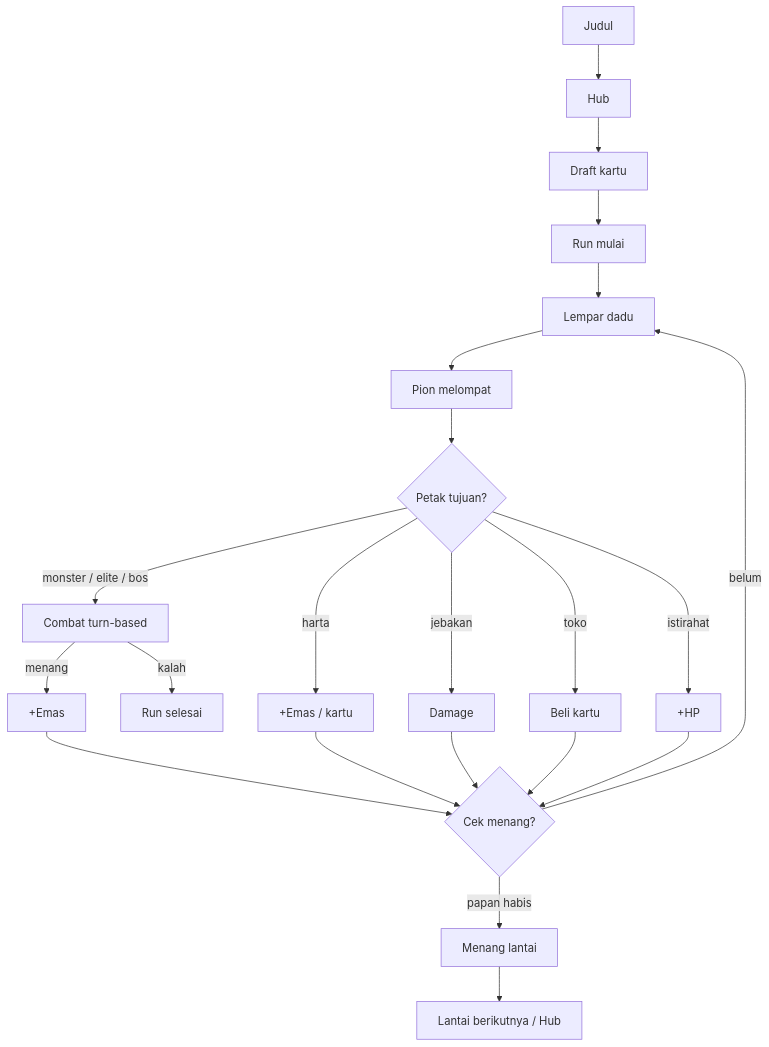
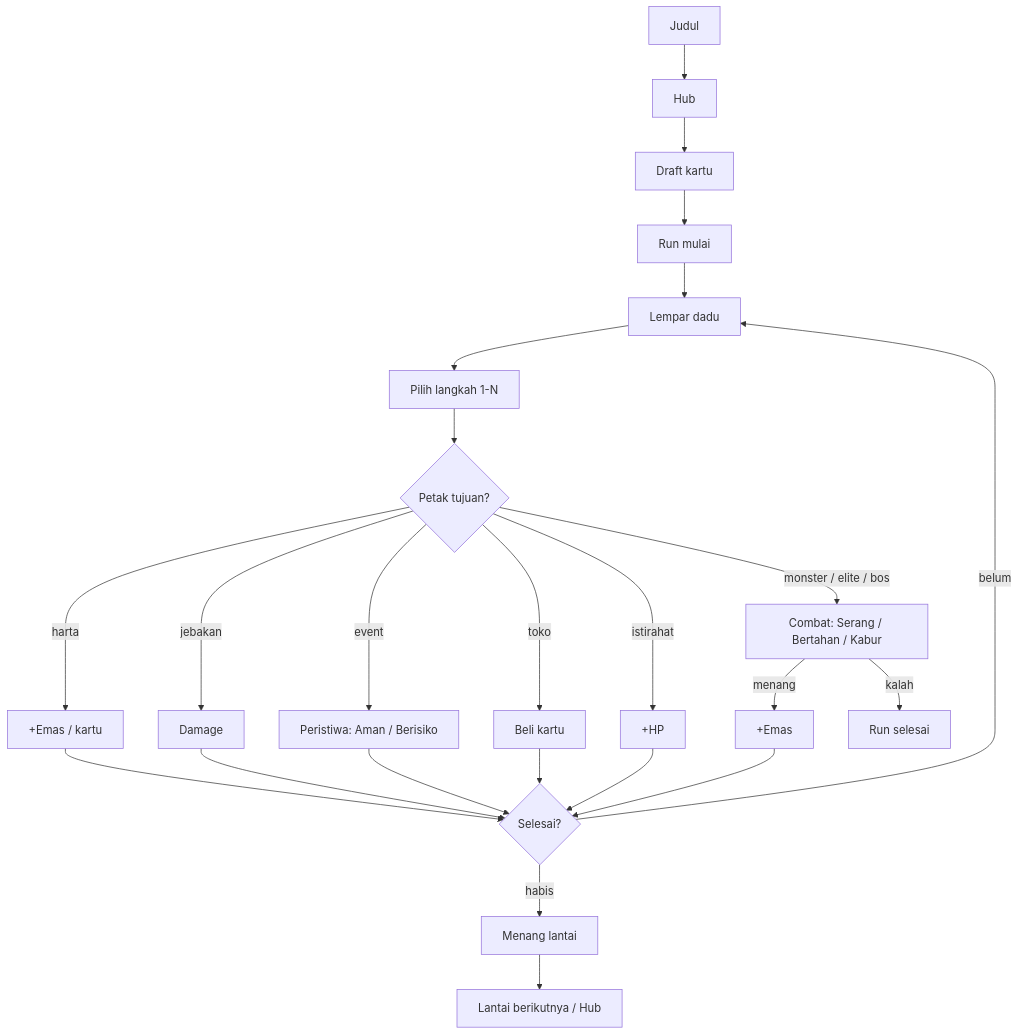
Before and after one commit to fawwaz1st/dice-delve: the diagram in README.md, drawn with Mermaid. The commit also changed other lines of this file and 7 other files, not shown here.

````diff
--- a/README.md
+++ b/README.md
@@ -16,24 +17,26 @@
 ```mermaid
 flowchart TD
     A[Judul] --> B[Hub]
     B --> C[Draft kartu]
     C --> D[Run mulai]
     D --> E[Lempar dadu]
-    E --> F[Pion melompat]
+    E --> F[Pilih langkah 1-N]
     F --> G{Petak tujuan?}
-    G -->|monster / elite / bos| H[Combat turn-based]
+    G -->|monster / elite / bos| H[Combat: Serang / Bertahan / Kabur]
     G -->|harta| I[+Emas / kartu]
     G -->|jebakan| J[Damage]
-    G -->|toko| K[Beli kartu]
-    G -->|istirahat| L[+HP]
-    H -->|menang| M[+Emas]
-    H -->|kalah| N[Run selesai]
-    M --> O{Cek menang?}
-    I --> O
-    J --> O
-    K --> O
-    L --> O
-    O -->|belum| E
-    O -->|papan habis| P[Menang lantai]
-    P --> Q[Lantai berikutnya / Hub]
+    G -->|event| K[Peristiwa: Aman / Berisiko]
+    G -->|toko| L[Beli kartu]
+    G -->|istirahat| M[+HP]
+    H -->|menang| N[+Emas]
+    H -->|kalah| O[Run selesai]
+    I --> P{Selesai?}
+    J --> P
+    K --> P
+    L --> P
+    M --> P
+    N --> P
+    P -->|belum| E
+    P -->|habis| Q[Menang lantai]
+    Q --> R[Lantai berikutnya / Hub]
 ```
````
